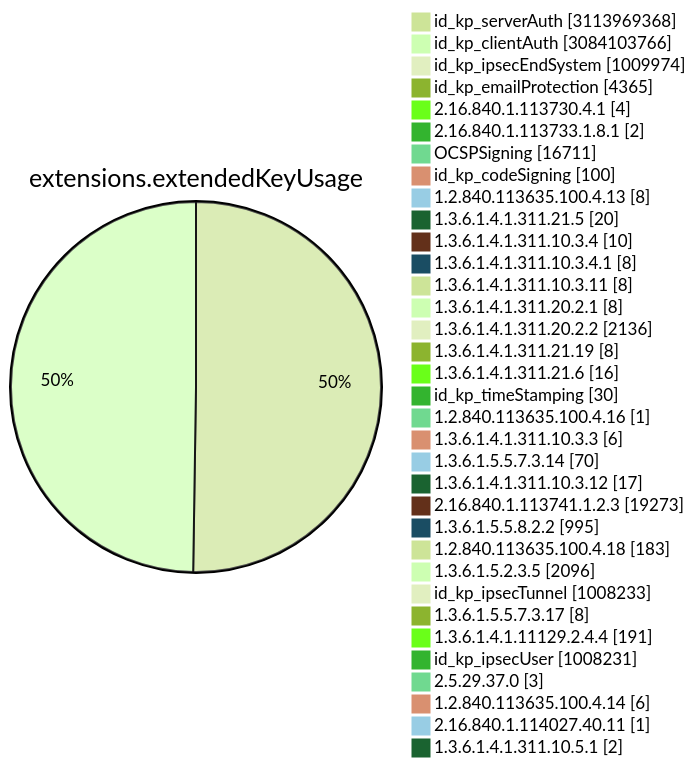
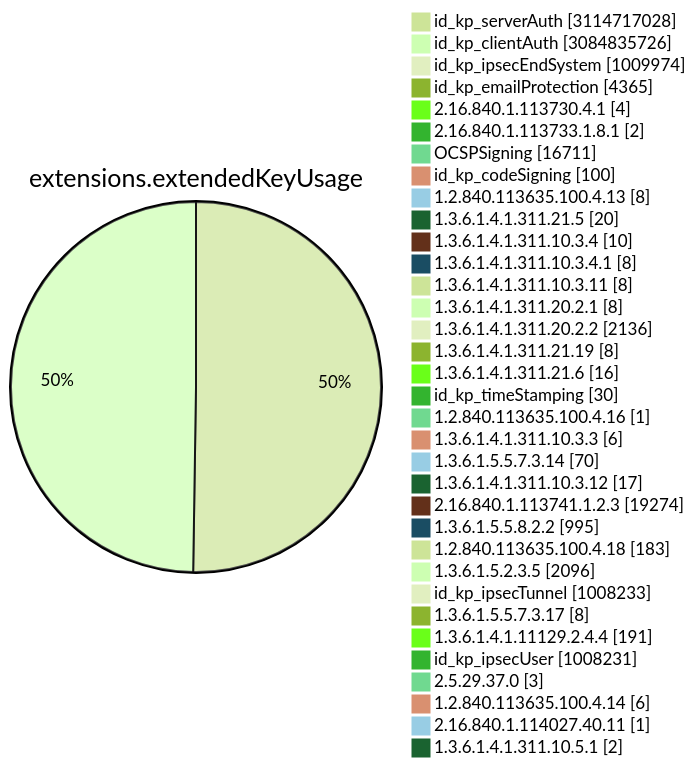
Before and after one commit to christiankrug/ctmonitor_visualization: diagram 11 of 15 in TOTAL/README.md, drawn with Mermaid (forest theme). The commit also changed other lines of this file, not shown here.

````diff
--- a/TOTAL/README.md
+++ b/TOTAL/README.md
@@ -4117,38 +4117,38 @@
 ```mermaid
 pie showData
 title extensions.extendedKeyUsage
-"id_kp_serverAuth" :3113969368
-"id_kp_clientAuth" :3084103766
+"id_kp_serverAuth" :3114717028
+"id_kp_clientAuth" :3084835726
 "id_kp_ipsecEndSystem" :1009974
 "id_kp_emailProtection" :4365
 "2.16.840.1.113730.4.1" :4
 "2.16.840.1.113733.1.8.1" :2
 "OCSPSigning" :16711
 "id_kp_codeSigning" :100
 "1.2.840.113635.100.4.13" :8
 "1.3.6.1.4.1.311.21.5" :20
 "1.3.6.1.4.1.311.10.3.4" :10
 "1.3.6.1.4.1.311.10.3.4.1" :8
 "1.3.6.1.4.1.311.10.3.11" :8
 "1.3.6.1.4.1.311.20.2.1" :8
 "1.3.6.1.4.1.311.20.2.2" :2136
 "1.3.6.1.4.1.311.21.19" :8
 "1.3.6.1.4.1.311.21.6" :16
 "id_kp_timeStamping" :30
 "1.2.840.113635.100.4.16" :1
 "1.3.6.1.4.1.311.10.3.3" :6
 "1.3.6.1.5.5.7.3.14" :70
 "1.3.6.1.4.1.311.10.3.12" :17
-"2.16.840.1.113741.1.2.3" :19273
+"2.16.840.1.113741.1.2.3" :19274
 "1.3.6.1.5.5.8.2.2" :995
 "1.2.840.113635.100.4.18" :183
 "1.3.6.1.5.2.3.5" :2096
 "id_kp_ipsecTunnel" :1008233
 "1.3.6.1.5.5.7.3.17" :8
 "1.3.6.1.4.1.11129.2.4.4" :191
 "id_kp_ipsecUser" :1008231
 "2.5.29.37.0" :3
 "1.2.840.113635.100.4.14" :6
 "2.16.840.1.114027.40.11" :1
 "1.3.6.1.4.1.311.10.5.1" :2
 ```
````
